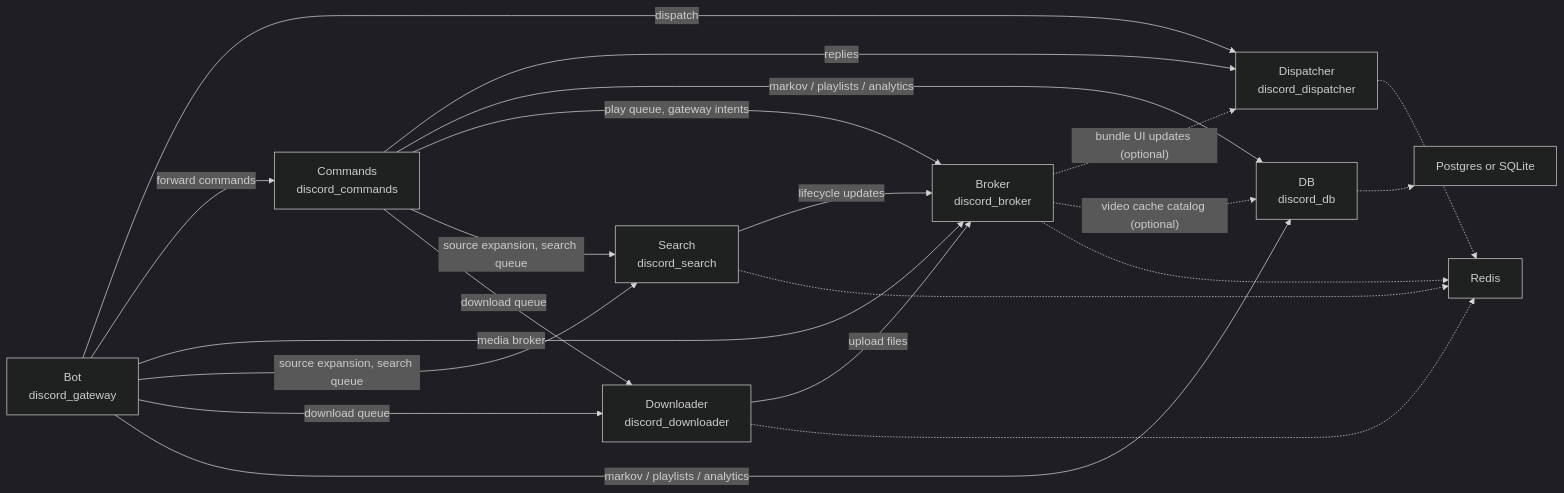
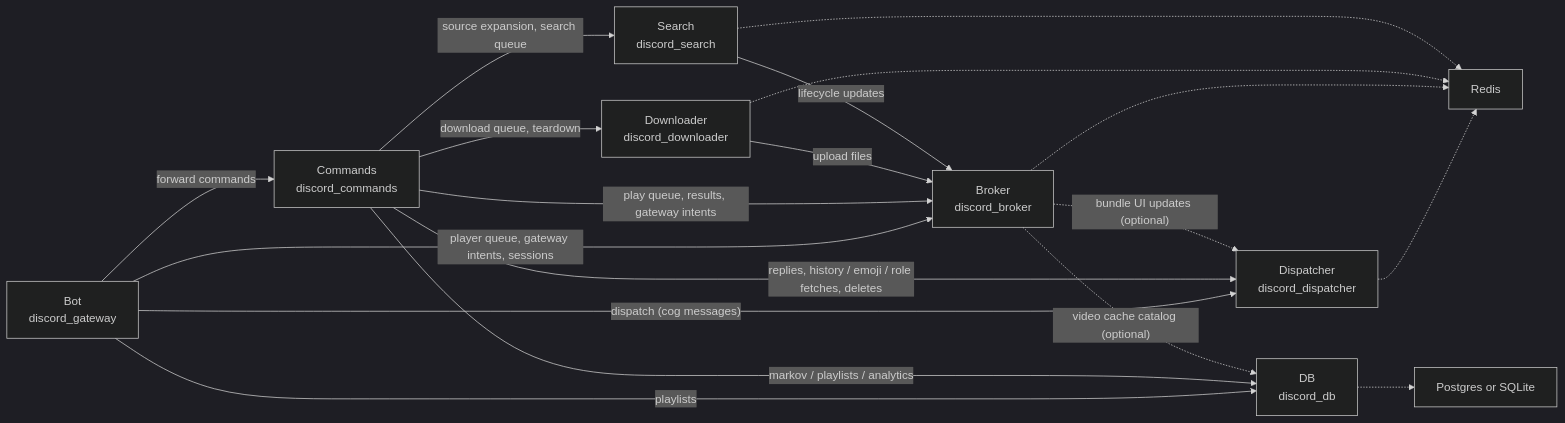
One commit to tnoff/discord-bot changed the diagram in docs/architecture.md. Above: the diagram before and after it, drawn with Mermaid (dark theme). The commit also changed other lines of this file and 13 other files, not shown here.

First line of the commit message:
docs: describe the finished split in the docs, architecture and catalog (#1030) (#1173)

````diff
--- a/docs/architecture.md
+++ b/docs/architecture.md
@@ -37,34 +37,32 @@
 ```mermaid
 flowchart LR
     BOT["Bot<br/>discord_gateway"]
     COMMANDS["Commands<br/>discord_commands"]
     DISPATCHER["Dispatcher<br/>discord_dispatcher"]
     BROKER["Broker<br/>discord_broker"]
     DB["DB<br/>discord_db"]
     DOWNLOADER["Downloader<br/>discord_downloader"]
     SEARCH["Search<br/>discord_search"]
     REDIS["Redis"]
     DATABASE["Postgres or SQLite"]
 
-    BOT -->|dispatch| DISPATCHER
+    BOT -->|"dispatch (cog messages)"| DISPATCHER
     BOT -->|forward commands| COMMANDS
-    COMMANDS -->|replies| DISPATCHER
-    COMMANDS -->|markov / playlists / analytics| DB
-    COMMANDS -->|play queue, gateway intents| BROKER
-    COMMANDS -->|source expansion, search queue| SEARCH
-    COMMANDS -->|download queue| DOWNLOADER
-    BOT -->|media broker| BROKER
-    BOT -->|source expansion, search queue| SEARCH
-    BOT -->|download queue| DOWNLOADER
-    BOT -->|markov / playlists / analytics| DB
+    BOT -->|"player queue, gateway intents, sessions"| BROKER
+    BOT -->|playlists| DB
+    COMMANDS -->|"replies, history / emoji / role fetches, deletes"| DISPATCHER
+    COMMANDS -->|"markov / playlists / analytics"| DB
+    COMMANDS -->|"play queue, results, gateway intents"| BROKER
+    COMMANDS -->|"source expansion, search queue"| SEARCH
+    COMMANDS -->|"download queue, teardown"| DOWNLOADER
     DOWNLOADER -->|upload files| BROKER
     SEARCH -->|lifecycle updates| BROKER
     BROKER -.->|"bundle UI updates (optional)"| DISPATCHER
     BROKER -.->|"video cache catalog (optional)"| DB
 
     DISPATCHER -.-> REDIS
     BROKER -.-> REDIS
     DOWNLOADER -.-> REDIS
     SEARCH -.-> REDIS
     DB -.-> DATABASE
 ```
````
